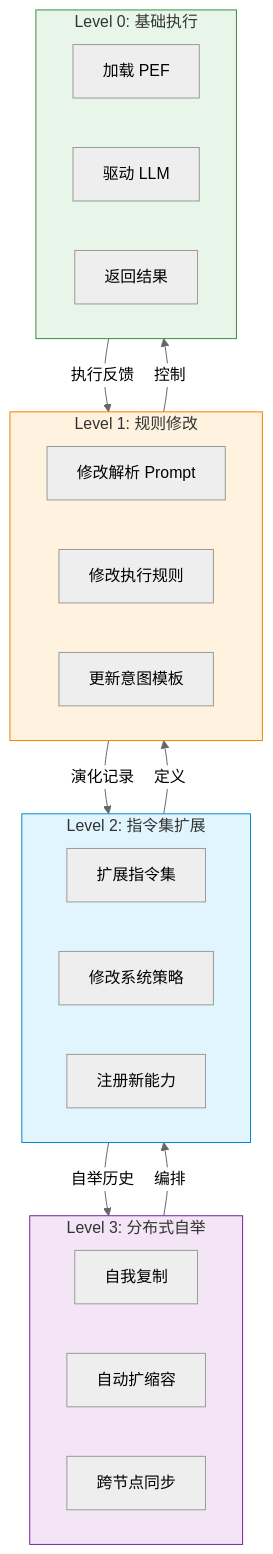
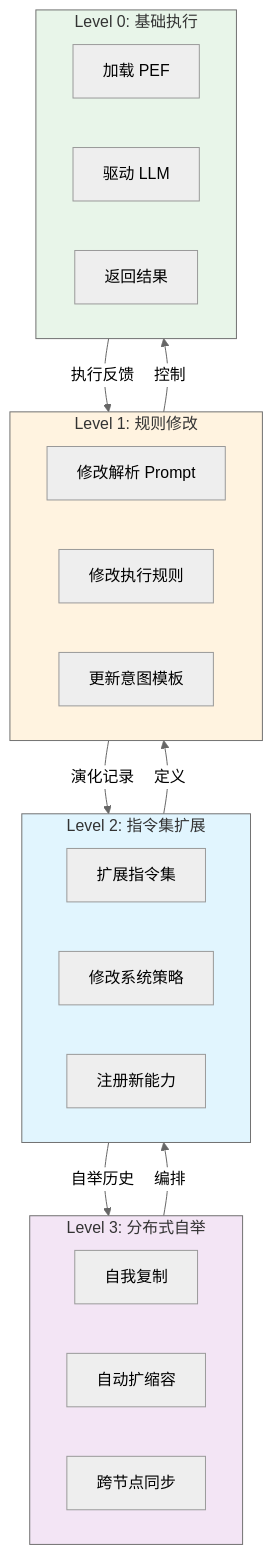
Diagram 12 of 16 in papers/Architecture_Diagrams.md (jeffery9/intentOS), drawn with Mermaid (neutral theme) before and after one commit. The commit also changed other lines of this file, not shown here.

First line of the commit message:
docs: 修复 Mermaid 图表语法错误

````diff
--- a/papers/Architecture_Diagrams.md
+++ b/papers/Architecture_Diagrams.md
@@ -428,38 +428,38 @@
 ```mermaid
 flowchart TB
     subgraph Level3["Level 3: 分布式自举"]
         D1[自我复制]
         D2[自动扩缩容]
         D3[跨节点同步]
     end
-    
+
     subgraph Level2["Level 2: 指令集扩展"]
         I1[扩展指令集]
         I2[修改系统策略]
         I3[注册新能力]
     end
-    
+
     subgraph Level1["Level 1: 规则修改"]
         R1[修改解析 Prompt]
         R2[修改执行规则]
         R3[更新意图模板]
     end
-    
+
     subgraph Level0["Level 0: 基础执行"]
         E1[加载 PEF]
         E2[驱动 LLM]
         E3[返回结果]
     end
-    
+
     Level3 -->|编排 | Level2
     Level2 -->|定义 | Level1
     Level1 -->|控制 | Level0
     Level0 -->|执行反馈 | Level1
     Level1 -->|演化记录 | Level2
     Level2 -->|自举历史 | Level3
-    
-    style Level3 fill:#f3e5f5,stroke:#7b1fa2
-    style Level2 fill:#e1f5fe,stroke:#0288d1
-    style Level1 fill:#fff3e0,stroke:#f57c00
-    style Level0 fill:#e8f5e9,stroke:#388e3c
+
+    style Level3 fill:#f3e5f5
+    style Level2 fill:#e1f5fe
+    style Level1 fill:#fff3e0
+    style Level0 fill:#e8f5e9
 ```
````
